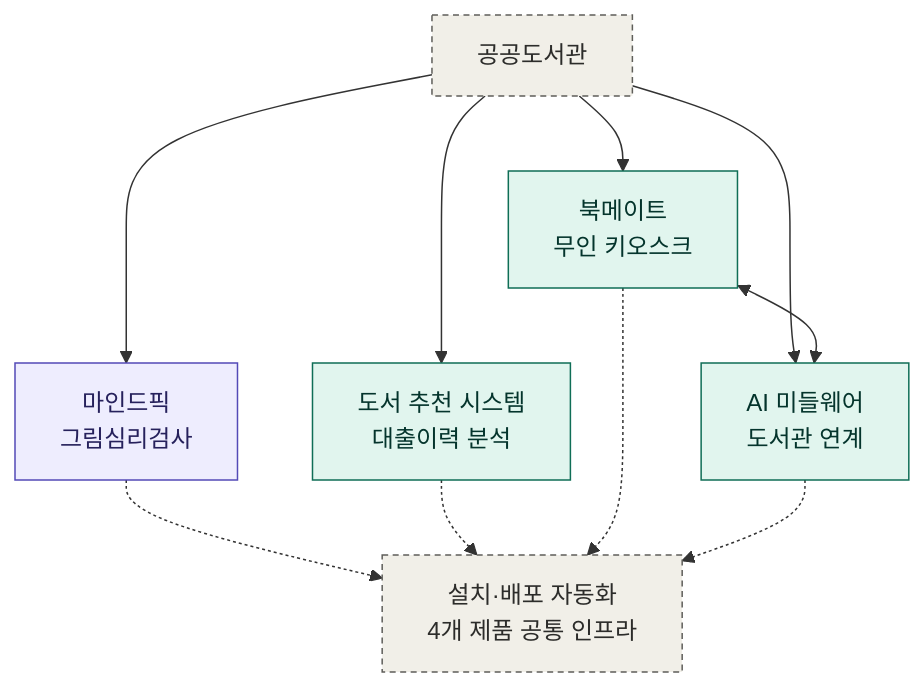
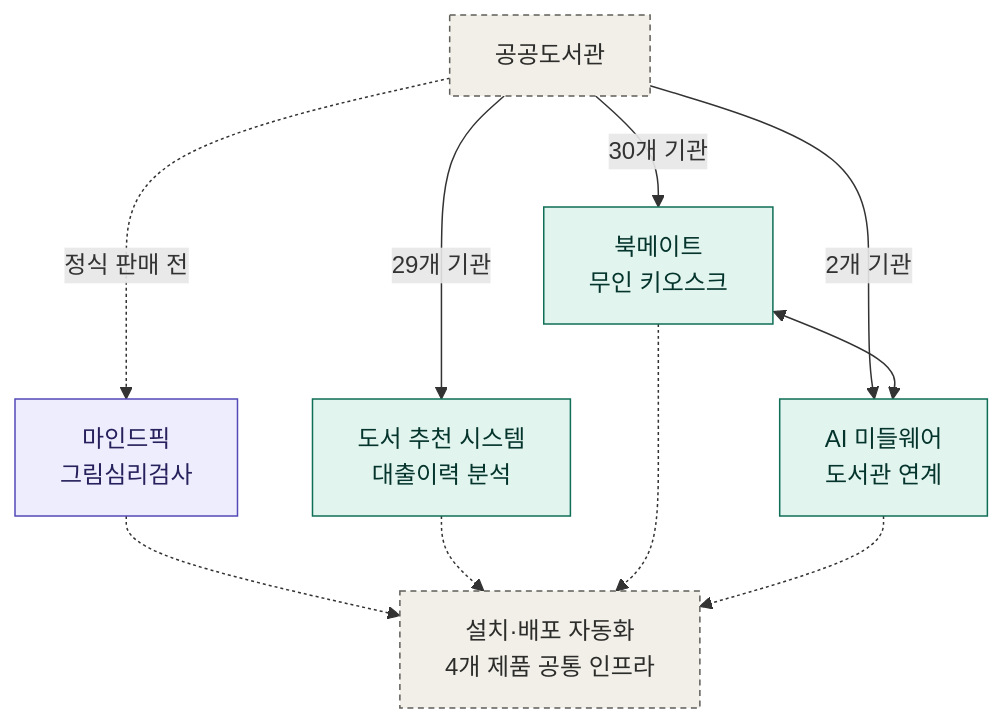
Before and after one commit to panorama713/career-portfolio: the diagram in README.md, drawn with Mermaid.

Commit message:
Fix overview diagram to reflect actual deployment status
Mindpick had the same solid arrow to the library node as the three
deployed products, implying it was in production. It's pre-launch
(GS certified, not yet sold). Edges now carry each product's real
institution count, and Mindpick's edge is dashed with a
"정식 판매 전" label instead.

````diff
--- a/README.md
+++ b/README.md
@@ -34,31 +34,31 @@
 ```mermaid
 flowchart TB
     Library["공공도서관"]
 
     Mindpick["마인드픽<br/>그림심리검사"]
     Recommend["도서 추천 시스템<br/>대출이력 분석"]
     Bookmate["북메이트<br/>무인 키오스크"]
     Middleware["AI 미들웨어<br/>도서관 연계"]
 
     Install["설치·배포 자동화<br/>4개 제품 공통 인프라"]
 
-    Library --> Mindpick
-    Library --> Recommend
-    Library --> Bookmate
-    Library --> Middleware
+    Library -->|30개 기관| Bookmate
+    Library -->|29개 기관| Recommend
+    Library -->|2개 기관| Middleware
+    Library -.->|정식 판매 전| Mindpick
 
     Bookmate <--> Middleware
 
     Mindpick -.-> Install
     Recommend -.-> Install
     Bookmate -.-> Install
     Middleware -.-> Install
 
     classDef solo fill:#EEEDFE,stroke:#534AB7,color:#26215C;
     classDef team fill:#E1F5EE,stroke:#0F6E56,color:#04342C;
     classDef infra fill:#F1EFE8,stroke:#5F5E5A,color:#2C2C2A,stroke-dasharray: 4 3;
 
     class Mindpick solo;
     class Recommend,Bookmate,Middleware team;
     class Library,Install infra;
 ```
````
